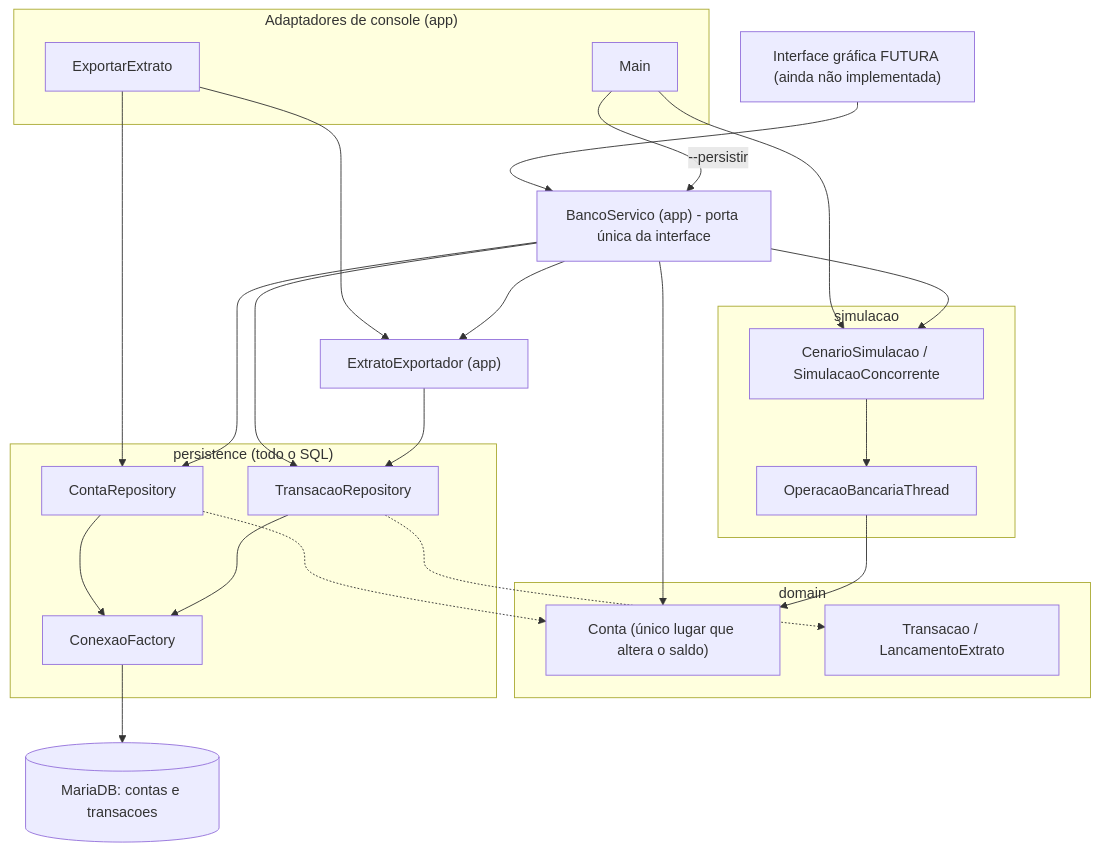
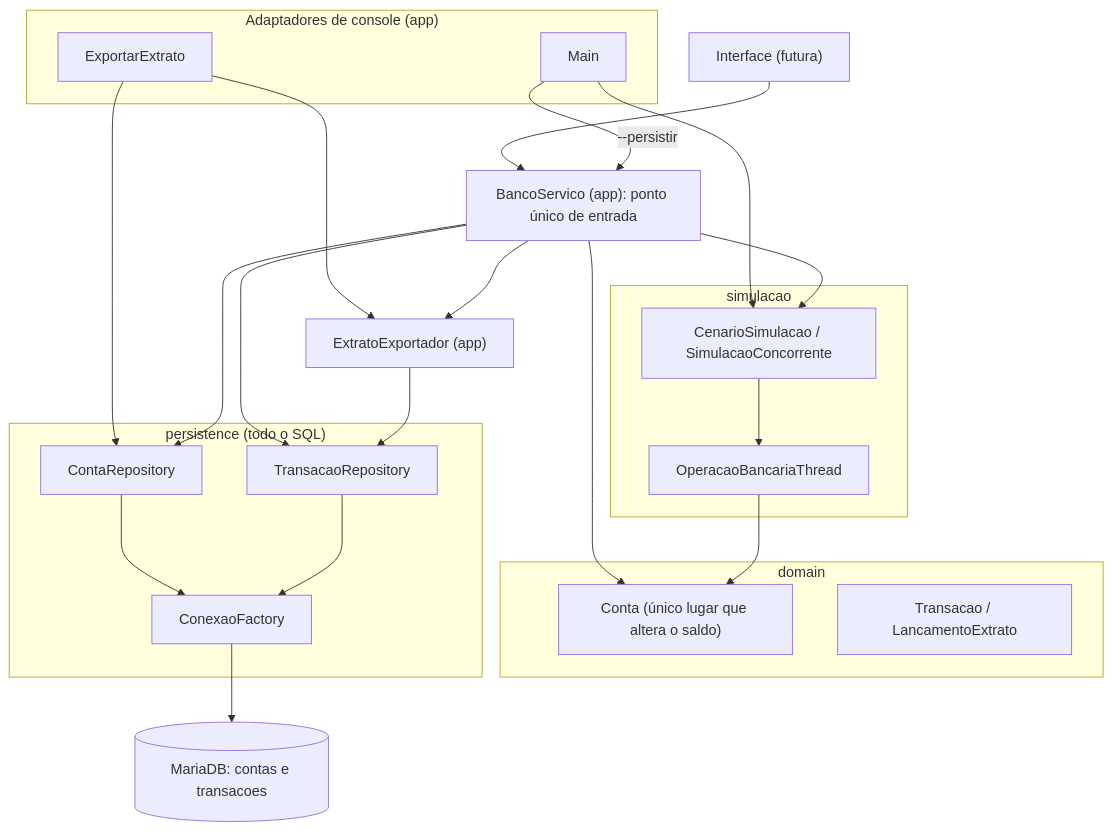
One commit to leonardoschimock/sistema-bancario changed the first of 6 diagrams in README.md. Above: the diagram before and after it, drawn with Mermaid. The commit also changed other lines of this file and 18 other files, not shown here.

Commit message:
Atualizar README.md, linguagem mais técnica e profissional. Criar interface gráfica do sistema (src/main/java/app/ui)

````diff
--- a/README.md
+++ b/README.md
@@ -111,43 +84,41 @@
 ```mermaid
 flowchart TB
-    UI["Interface gráfica FUTURA (ainda não implementada)"]
+    UI["Interface (futura)"]
     subgraph ADAPT["Adaptadores de console (app)"]
         MAIN["Main"]
         EXPCLI["ExportarExtrato"]
     end
-    SERV["BancoServico (app) - porta única da interface"]
+    SERV["BancoServico (app): ponto único de entrada"]
     EXPT["ExtratoExportador (app)"]
     subgraph SIM["simulacao"]
         CEN["CenarioSimulacao / SimulacaoConcorrente"]
         OPT["OperacaoBancariaThread"]
     end
     subgraph DOM["domain"]
         CONTA["Conta (único lugar que altera o saldo)"]
         TRANS["Transacao / LancamentoExtrato"]
     end
     subgraph PER["persistence (todo o SQL)"]
         REPC["ContaRepository"]
         REPT["TransacaoRepository"]
         FAB["ConexaoFactory"]
     end
     DB[("MariaDB: contas e transacoes")]
 
     UI --> SERV
     MAIN -->|"--persistir"| SERV
     MAIN --> CEN
     EXPCLI --> REPC
     EXPCLI --> EXPT
     SERV --> CONTA
     SERV --> REPC
     SERV --> REPT
     SERV --> EXPT
     SERV --> CEN
     CEN --> OPT
     OPT --> CONTA
     EXPT --> REPT
     REPC --> FAB
     REPT --> FAB
-    REPC -.-> CONTA
-    REPT -.-> TRANS
     FAB --> DB
 ```
````
